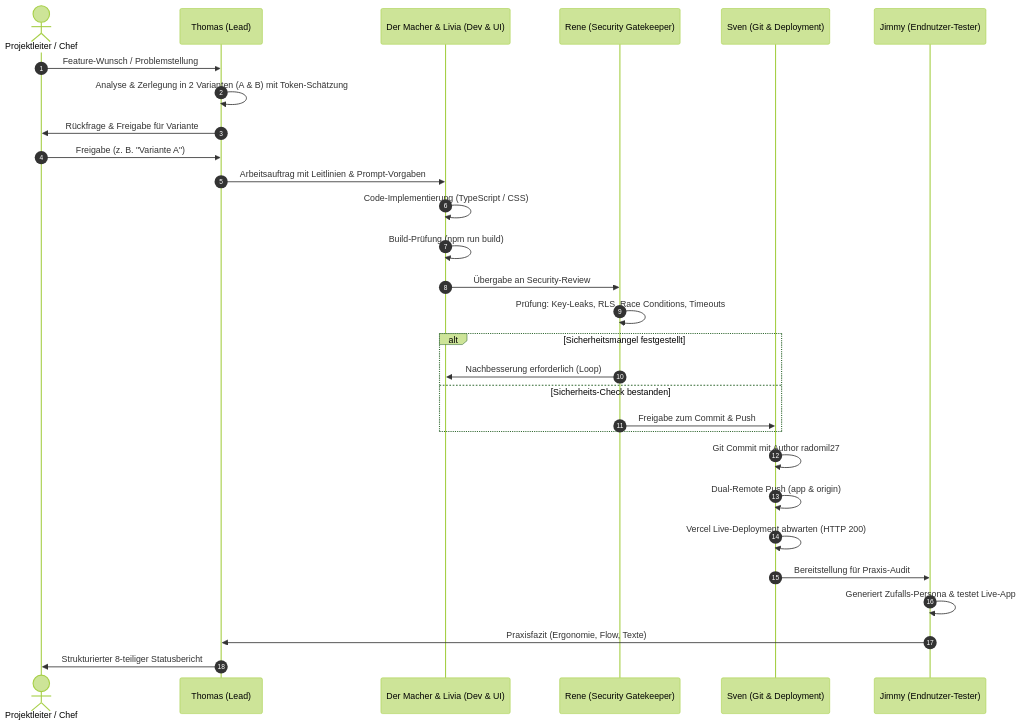
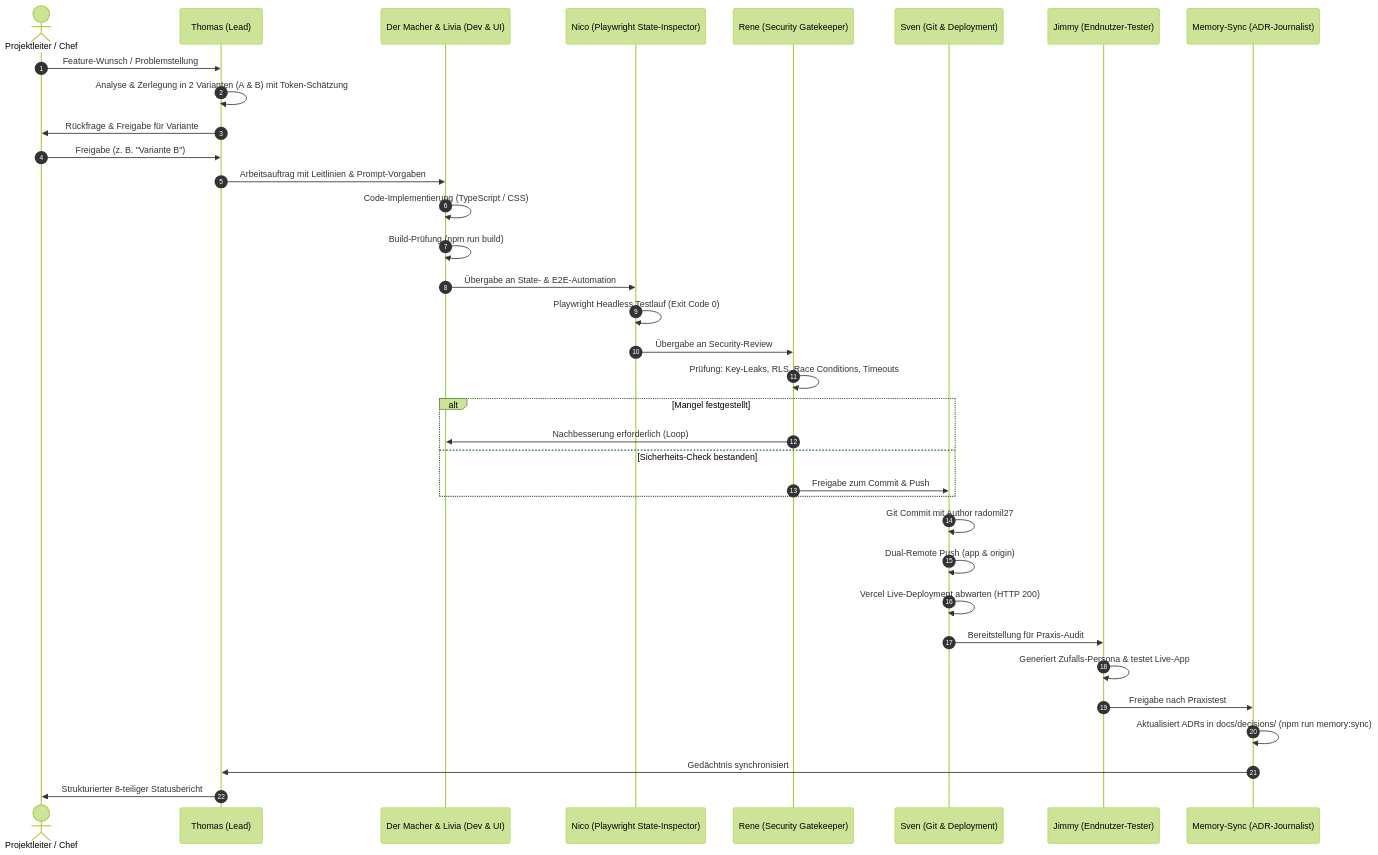
Before and after one commit to radomil27/lightflow: the diagram in TEAM_OVERVIEW.md, drawn with Mermaid (forest theme). The commit also changed other lines of this file and 14 other files, not shown here.

Commit message:
feat(qa): introduce Playwright visual state testing suite and ADR memory sync (v1.4.0)

````diff
--- a/TEAM_OVERVIEW.md
+++ b/TEAM_OVERVIEW.md
@@ -64,37 +66,45 @@
 ```mermaid
 sequenceDiagram
     autonumber
     actor Chef as Projektleiter / Chef
     participant Thomas as Thomas (Lead)
     participant Macher as Der Macher & Livia (Dev & UI)
+    participant Nico as Nico (Playwright State-Inspector)
     participant Rene as Rene (Security Gatekeeper)
     participant Sven as Sven (Git & Deployment)
     participant Jimmy as Jimmy (Endnutzer-Tester)
+    participant Memory as Memory-Sync (ADR-Journalist)
 
     Chef->>Thomas: Feature-Wunsch / Problemstellung
     Thomas->>Thomas: Analyse & Zerlegung in 2 Varianten (A & B) mit Token-Schätzung
     Thomas->>Chef: Rückfrage & Freigabe für Variante
-    Chef->>Thomas: Freigabe (z. B. "Variante A")
+    Chef->>Thomas: Freigabe (z. B. "Variante B")
     
     Thomas->>Macher: Arbeitsauftrag mit Leitlinien & Prompt-Vorgaben
     Macher->>Macher: Code-Implementierung (TypeScript / CSS)
     Macher->>Macher: Build-Prüfung (npm run build)
     
-    Macher->>Rene: Übergabe an Security-Review
+    Macher->>Nico: Übergabe an State- & E2E-Automation
+    Nico->>Nico: Playwright Headless Testlauf (Exit Code 0)
+    
+    Nico->>Rene: Übergabe an Security-Review
     Rene->>Rene: Prüfung: Key-Leaks, RLS, Race Conditions, Timeouts
-    alt Sicherheitsmangel festgestellt
+    alt Mangel festgestellt
         Rene->>Macher: Nachbesserung erforderlich (Loop)
     else Sicherheits-Check bestanden
         Rene->>Sven: Freigabe zum Commit & Push
     end
 
     Sven->>Sven: Git Commit mit Author radomil27
     Sven->>Sven: Dual-Remote Push (app & origin)
     Sven->>Sven: Vercel Live-Deployment abwarten (HTTP 200)
 
     Sven->>Jimmy: Bereitstellung für Praxis-Audit
     Jimmy->>Jimmy: Generiert Zufalls-Persona & testet Live-App
-    Jimmy->>Thomas: Praxisfazit (Ergonomie, Flow, Texte)
+    Jimmy->>Memory: Freigabe nach Praxistest
+    
+    Memory->>Memory: Aktualisiert ADRs in docs/decisions/ (npm run memory:sync)
+    Memory->>Thomas: Gedächtnis synchronisiert
 
     Thomas->>Chef: Strukturierter 8-teiliger Statusbericht
 ```
````
